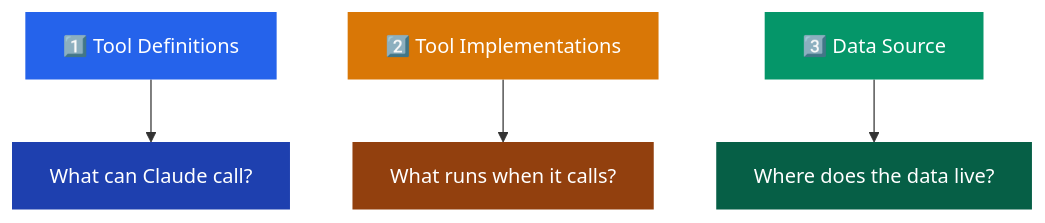
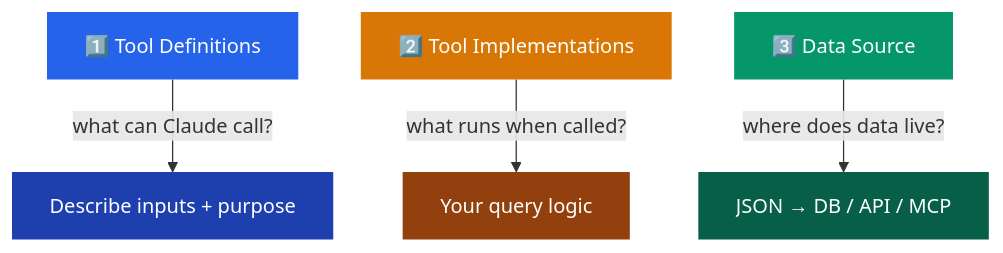
The fifth of 8 diagrams in README.md (Mikeishiring/slackbot), drawn with Mermaid before and after one commit. The commit also changed other lines of this file and 1 other file, not shown here.

````diff
--- a/README.md
+++ b/README.md
@@ -139,13 +212,13 @@
 ```mermaid
 graph TD
-    A["1️⃣ Tool Definitions"] --> B["What can Claude call?"]
-    C["2️⃣ Tool Implementations"] --> D["What runs when it calls?"]
-    E["3️⃣ Data Source"] --> F["Where does the data live?"]
+    A["1️⃣ Tool Definitions"] -->|"what can Claude call?"| B["Describe inputs + purpose"]
+    C["2️⃣ Tool Implementations"] -->|"what runs when called?"| D["Your query logic"]
+    E["3️⃣ Data Source"] -->|"where does data live?"| F["JSON → DB / API / MCP"]
 
     style A fill:#2563EB,color:#fff,stroke:none
     style C fill:#D97706,color:#fff,stroke:none
     style E fill:#059669,color:#fff,stroke:none
     style B fill:#1e40af,color:#fff,stroke:none
     style D fill:#92400e,color:#fff,stroke:none
     style F fill:#065f46,color:#fff,stroke:none
 ```
````
